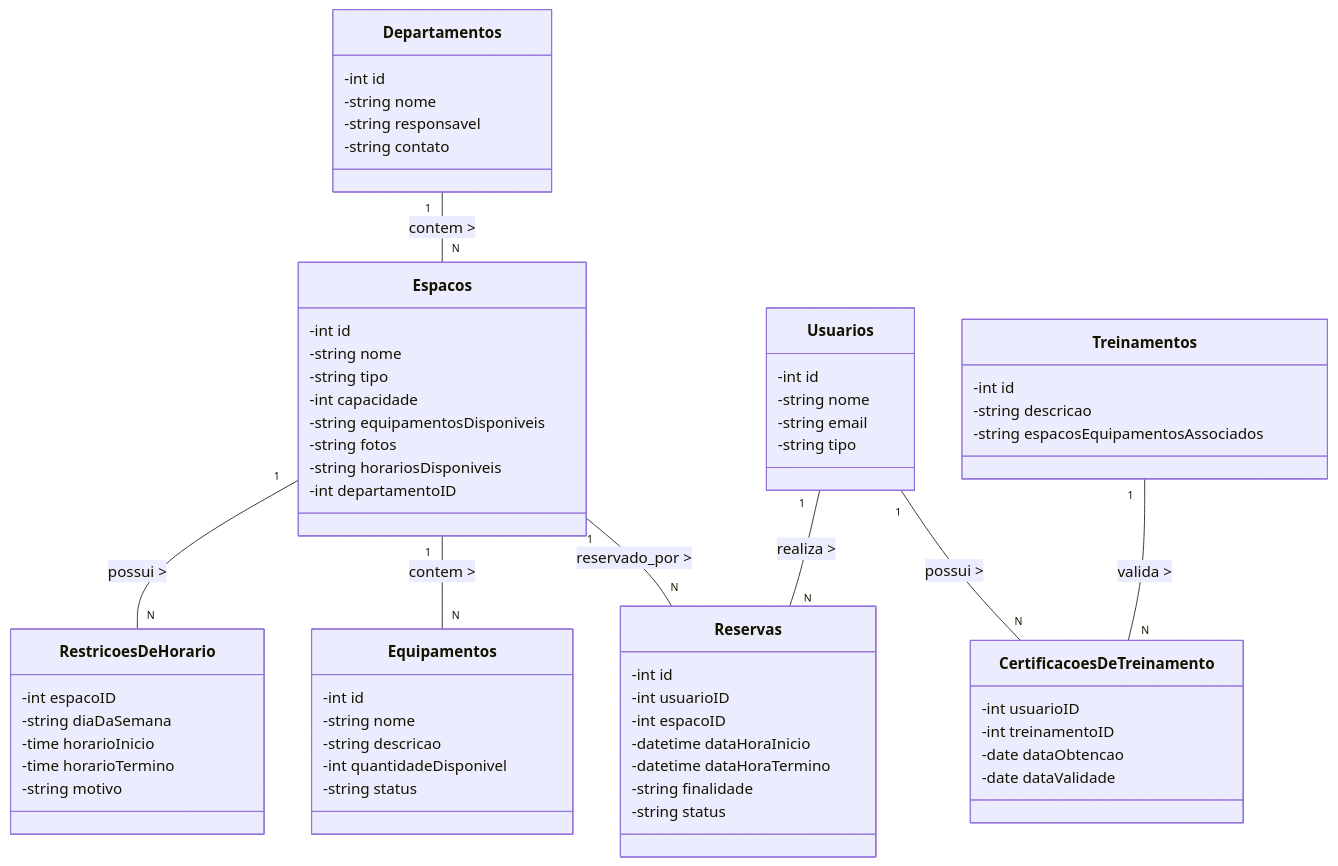
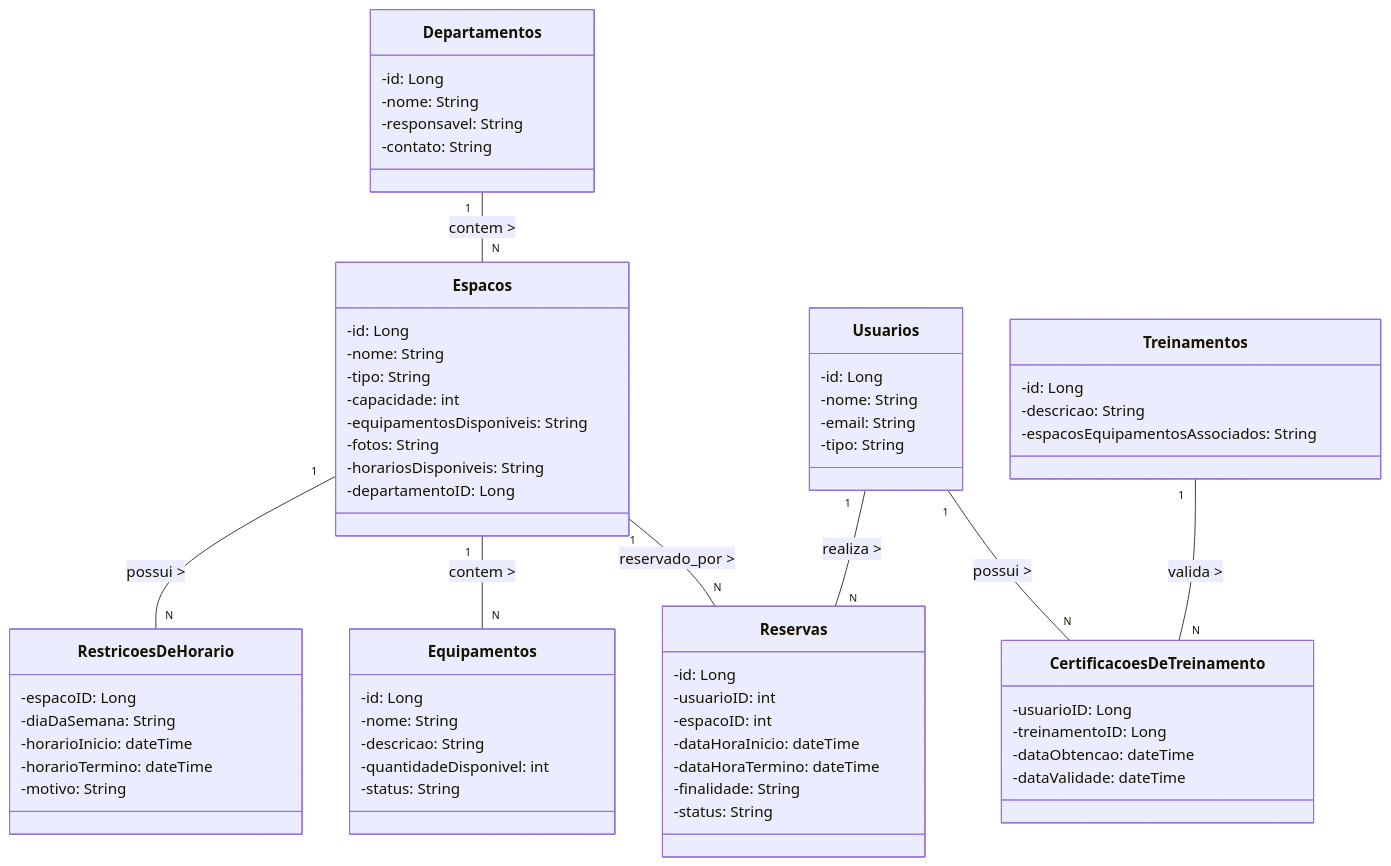
The first of 4 diagrams in README.md (AdnRamos/Sistema_de_Reservas_de_Espacos_em_Universidade), drawn with Mermaid before and after one commit. The commit also changed other lines of this file, not shown here.

````diff
--- a/README.md
+++ b/README.md
@@ -10,69 +10,69 @@
 ```mermaid
 
 classDiagram
       class Departamentos {
-          -int id
-          -string nome
-          -string responsavel
-          -string contato
+          -id: Long
+          -nome: String 
+          -responsavel: String
+          -contato: String
       }
       class Espacos {
-          -int id
-          -string nome
-          -string tipo
-          -int capacidade
-          -string equipamentosDisponiveis
-          -string fotos
-          -string horariosDisponiveis
-          -int departamentoID
+          -id: Long
+          -nome: String
+          -tipo: String
+          -capacidade: int
+          -equipamentosDisponiveis: String
+          -fotos: String
+          -horariosDisponiveis: String
+          -departamentoID: Long
       }
       class Usuarios {
-          -int id
-          -string nome
-          -string email
-          -string tipo
+          -id: Long
+          -nome: String
+          -email: String
+          -tipo: String
       }
       class Reservas {
-          -int id
-          -int usuarioID
-          -int espacoID
-          -datetime dataHoraInicio
-          -datetime dataHoraTermino
-          -string finalidade
-          -string status
+          -id: Long
+          -usuarioID: int
+          -espacoID: int 
+          -dataHoraInicio: dateTime 
+          -dataHoraTermino: dateTime 
+          -finalidade: String
+          -status: String
       }
       class Equipamentos {
-          -int id
-          -string nome
-          -string descricao
-          -int quantidadeDisponivel
-          -string status
+          -id: Long
+          -nome: String
+          -descricao: String
+          -quantidadeDisponivel: int
+          -status: String
       }
       class Treinamentos {
-          -int id
-          -string descricao
-          -string espacosEquipamentosAssociados
+          -id: Long
+          -descricao: String
+          -espacosEquipamentosAssociados: String
       }
       class CertificacoesDeTreinamento {
-          -int usuarioID
-          -int treinamentoID
-          -date dataObtencao
-          -date dataValidade
+          -usuarioID: Long
+          -treinamentoID: Long
+          -dataObtencao: dateTime
+          -dataValidade: dateTime 
       }
       class RestricoesDeHorario {
-          -int espacoID
-          -string diaDaSemana
-          -time horarioInicio
-          -time horarioTermino
-          -string motivo
+          -espacoID: Long
+          -diaDaSemana: String 
+          -horarioInicio: dateTime 
+          -horarioTermino: dateTime
+          -motivo: String 
       }
 
       %% Relationships
       Departamentos "1" -- "N" Espacos : contem >
       Usuarios "1" -- "N" CertificacoesDeTreinamento : possui >
       Treinamentos "1" -- "N" CertificacoesDeTreinamento : valida >
       Usuarios "1" -- "N" Reservas : realiza >
       Espacos "1" -- "N" Reservas : reservado_por >
       Espacos "1" -- "N" Equipamentos : contem >
       Espacos "1" -- "N" RestricoesDeHorario : possui >
 ```
````
